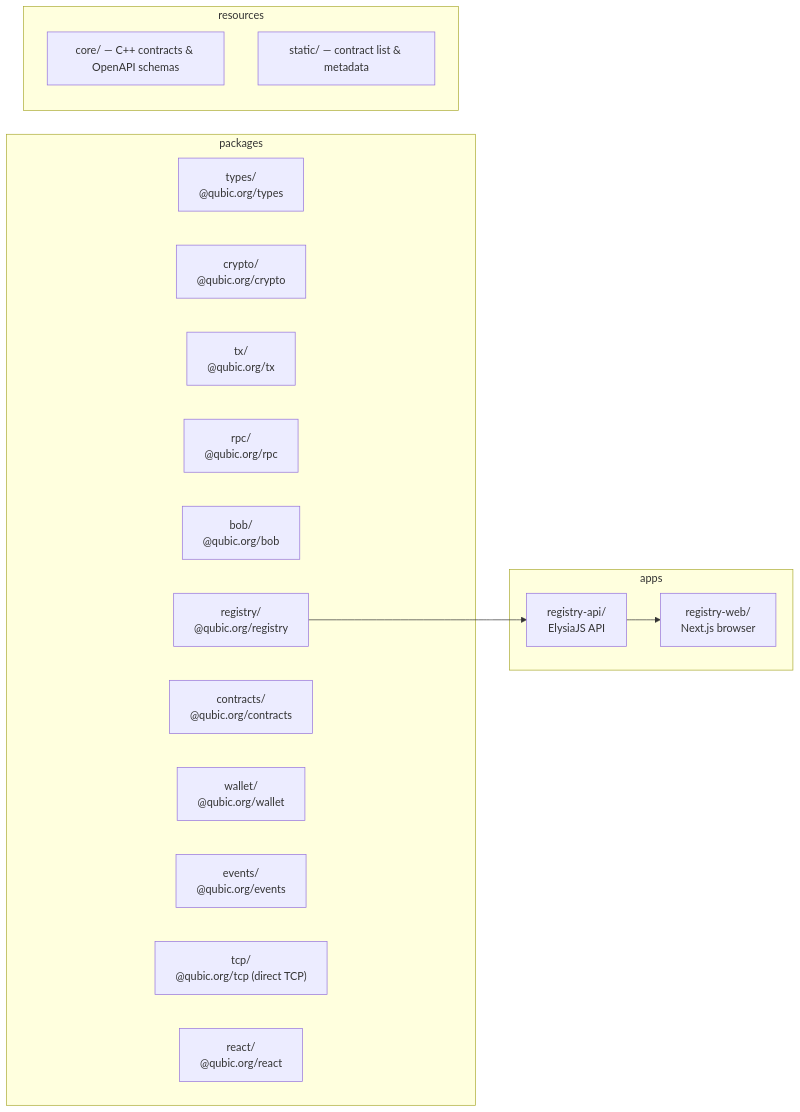
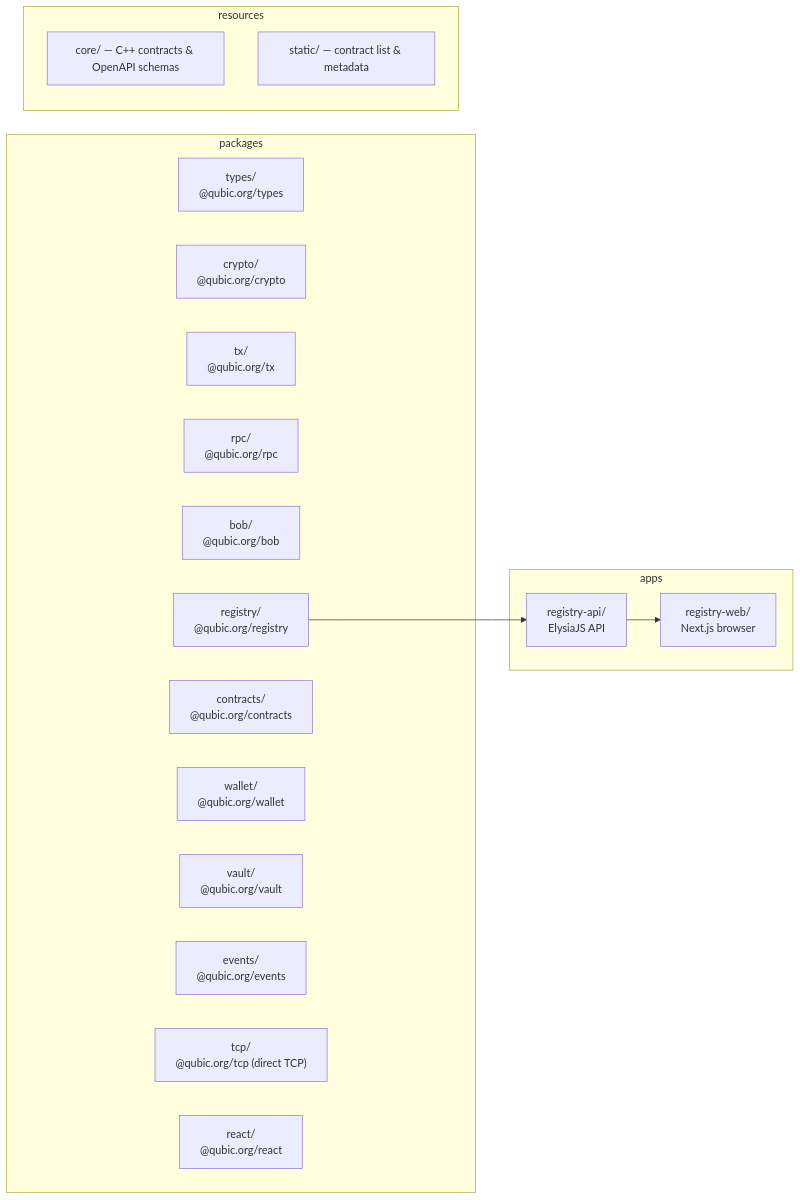
The second of 2 diagrams in README.md (qubic/qubic-typescript), drawn with Mermaid before and after one commit. The commit also changed other lines of this file and 1 other file, not shown here.

First line of the commit message:
docs(vault): add README and update main docs

````diff
--- a/README.md
+++ b/README.md
@@ -334,26 +337,27 @@
 ```mermaid
 graph LR
   subgraph packages
     types["types/\n@qubic.org/types"]
     crypto["crypto/\n@qubic.org/crypto"]
     tx["tx/\n@qubic.org/tx"]
     rpc["rpc/\n@qubic.org/rpc"]
     bob["bob/\n@qubic.org/bob"]
     registry["registry/\n@qubic.org/registry"]
     contracts["contracts/\n@qubic.org/contracts"]
     wallet["wallet/\n@qubic.org/wallet"]
+    vault["vault/\n@qubic.org/vault"]
     events["events/\n@qubic.org/events"]
     tcp["tcp/\n@qubic.org/tcp (direct TCP)"]
     react["react/\n@qubic.org/react"]
   end
   subgraph apps
     api["registry-api/\nElysiaJS API"]
     web["registry-web/\nNext.js browser"]
   end
   subgraph resources
     core["core/ — C++ contracts & OpenAPI schemas"]
     static["static/ — contract list & metadata"]
   end
   registry --> api
   api --> web
 ```
````
